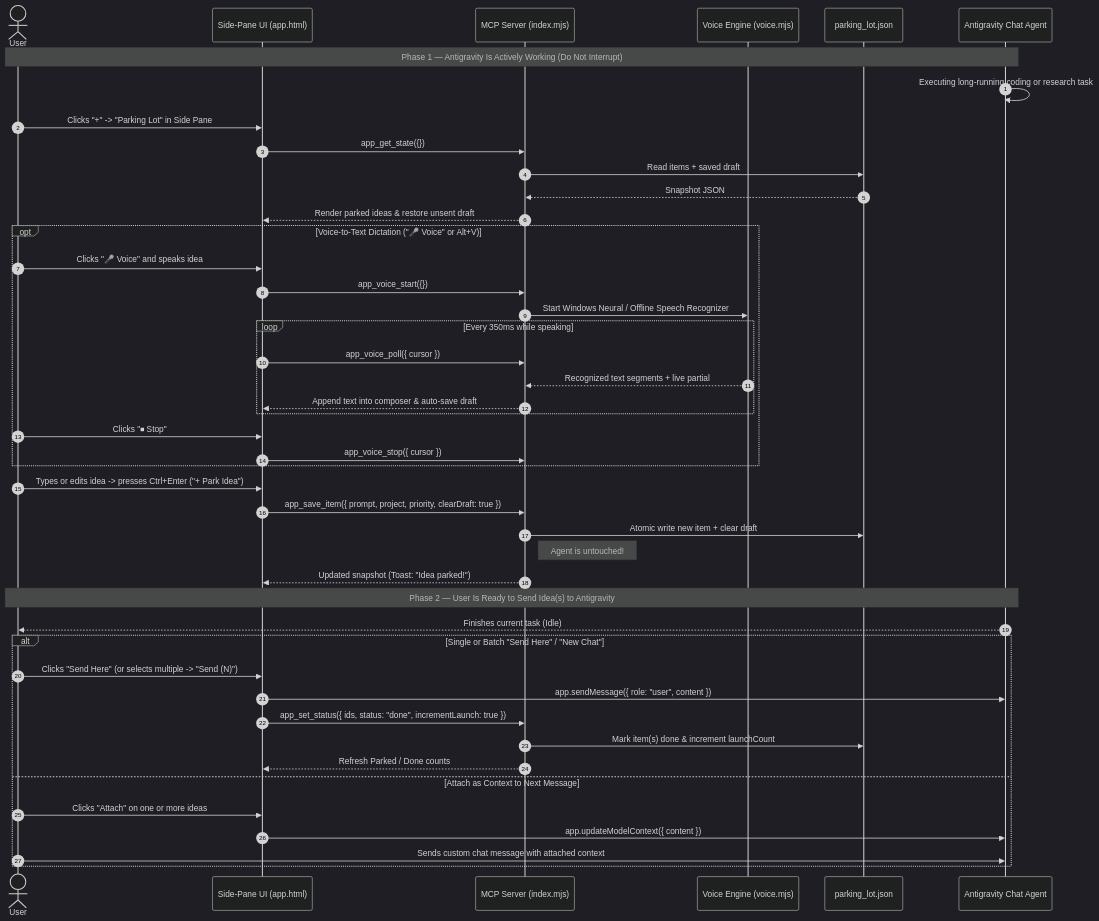
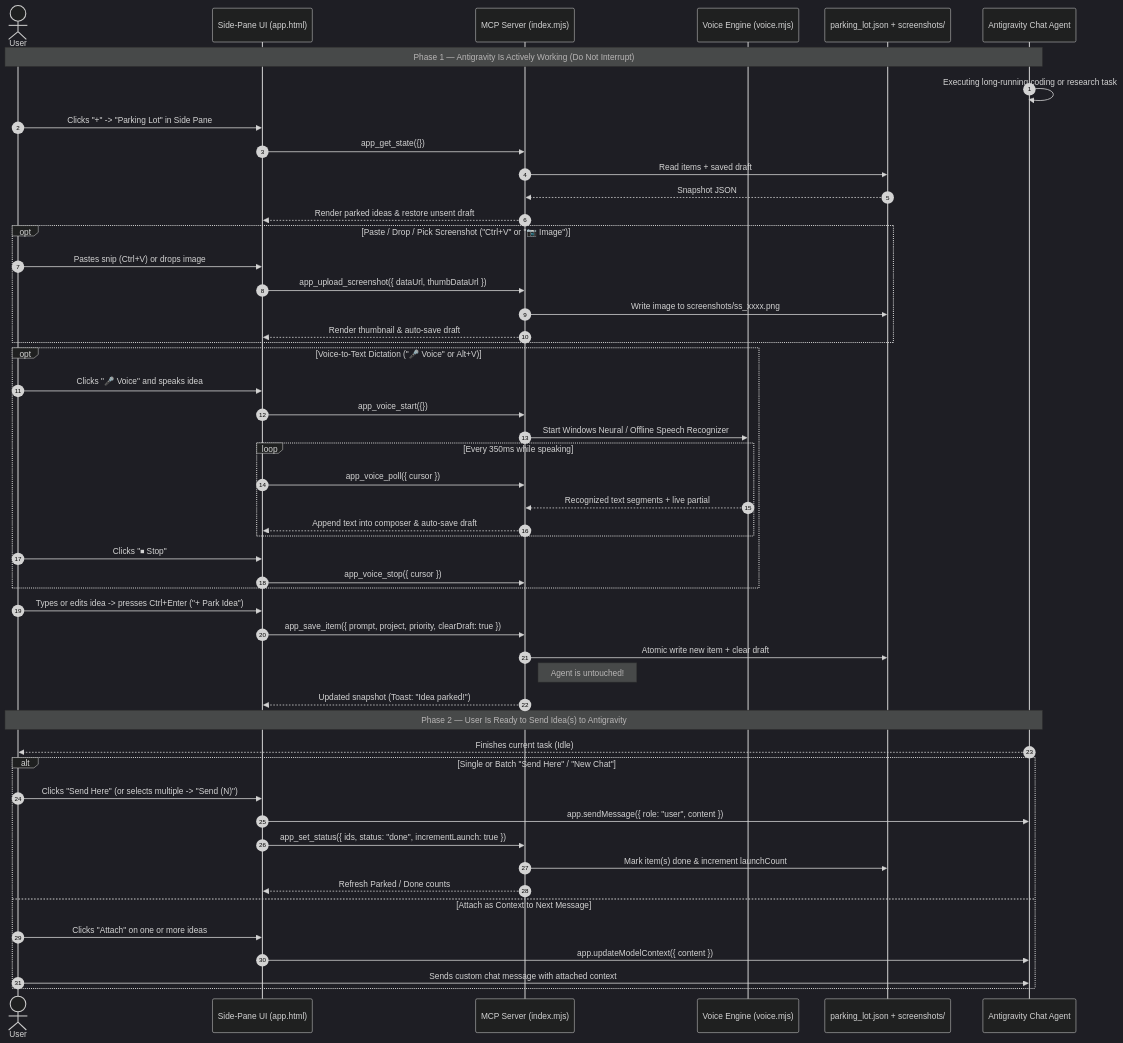
Before and after one commit to jmbreckel/AntiParkingLot: the diagram in documentation/diagrams/02-zero-interruption-workflow.mmd, drawn with Mermaid (dark theme). The commit also changed 25 other files, not shown here.

Commit message:
Release v1.1.0: Add screenshot attachments, in-app help, and updated docs

```diff
--- a/documentation/diagrams/02-zero-interruption-workflow.mmd
+++ b/documentation/diagrams/02-zero-interruption-workflow.mmd
@@ -1,49 +1,56 @@
 sequenceDiagram
     autonumber
     actor User
     participant Pane as Side-Pane UI (app.html)
     participant Server as MCP Server (index.mjs)
     participant Voice as Voice Engine (voice.mjs)
-    participant Disk as parking_lot.json
+    participant Disk as parking_lot.json + screenshots/
     participant Agent as Antigravity Chat Agent
 
     Note over User,Agent: Phase 1 — Antigravity Is Actively Working (Do Not Interrupt)
     Agent->>Agent: Executing long-running coding or research task
     User->>Pane: Clicks "+" -> "Parking Lot" in Side Pane
     Pane->>Server: app_get_state({})
     Server->>Disk: Read items + saved draft
     Disk-->>Server: Snapshot JSON
     Server-->>Pane: Render parked ideas & restore unsent draft
+
+    opt Paste / Drop / Pick Screenshot ("Ctrl+V" or "📷 Image")
+        User->>Pane: Pastes snip (Ctrl+V) or drops image
+        Pane->>Server: app_upload_screenshot({ dataUrl, thumbDataUrl })
+        Server->>Disk: Write image to screenshots/ss_xxxx.png
+        Server-->>Pane: Render thumbnail & auto-save draft
+    end
 
     opt Voice-to-Text Dictation ("🎤 Voice" or Alt+V)
         User->>Pane: Clicks "🎤 Voice" and speaks idea
         Pane->>Server: app_voice_start({})
         Server->>Voice: Start Windows Neural / Offline Speech Recognizer
         loop Every 350ms while speaking
             Pane->>Server: app_voice_poll({ cursor })
             Voice-->>Server: Recognized text segments + live partial
             Server-->>Pane: Append text into composer & auto-save draft
         end
         User->>Pane: Clicks "⏹ Stop"
         Pane->>Server: app_voice_stop({ cursor })
     end
 
     User->>Pane: Types or edits idea -> presses Ctrl+Enter ("+ Park Idea")
     Pane->>Server: app_save_item({ prompt, project, priority, clearDraft: true })
     Server->>Disk: Atomic write new item + clear draft
     Note right of Server: Agent is untouched!
     Server-->>Pane: Updated snapshot (Toast: "Idea parked!")
 
     Note over User,Agent: Phase 2 — User Is Ready to Send Idea(s) to Antigravity
     Agent-->>User: Finishes current task (Idle)
     alt Single or Batch "Send Here" / "New Chat"
         User->>Pane: Clicks "Send Here" (or selects multiple -> "Send (N)")
         Pane->>Agent: app.sendMessage({ role: "user", content })
         Pane->>Server: app_set_status({ ids, status: "done", incrementLaunch: true })
         Server->>Disk: Mark item(s) done & increment launchCount
         Server-->>Pane: Refresh Parked / Done counts
     else Attach as Context to Next Message
         User->>Pane: Clicks "Attach" on one or more ideas
         Pane->>Agent: app.updateModelContext({ content })
         User->>Agent: Sends custom chat message with attached context
     end
```
